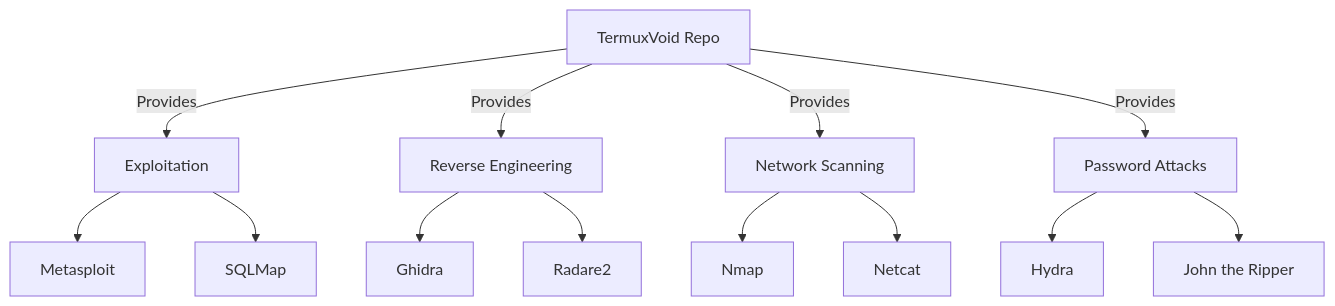
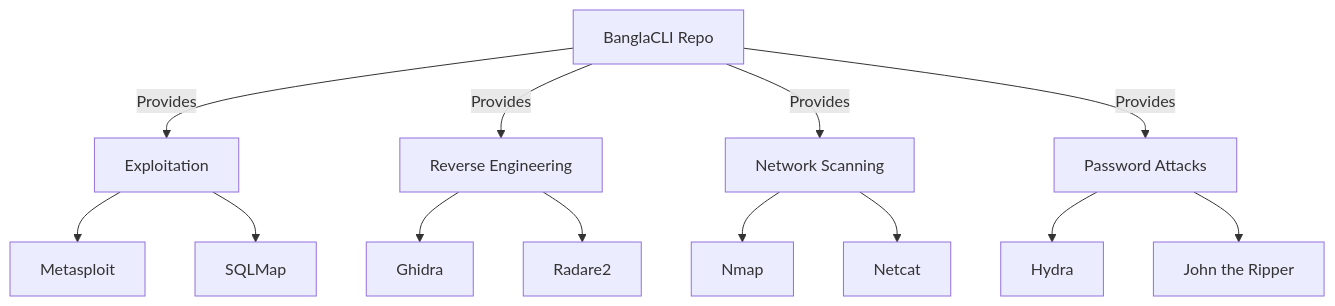
Before and after one commit to zarifsikder/BanglaCLI: the diagram in README.md, drawn with Mermaid. The commit also changed other lines of this file, not shown here.

Commit message:
Rename TermuxVoid to BanglaCLI in README

````diff
--- a/README.md
+++ b/README.md
@@ -134,19 +134,19 @@
 ```mermaid
 graph TD
-    A[TermuxVoid Repo] -->|Provides| B[Exploitation]
+    A[BanglaCLI Repo] -->|Provides| B[Exploitation]
     A -->|Provides| C[Reverse Engineering]
     A -->|Provides| D[Network Scanning]
     A -->|Provides| E[Password Attacks]
 
     B --> B1[Metasploit]
     B --> B2[SQLMap]
 
     C --> C1[Ghidra]
     C --> C2[Radare2]
 
     D --> D1[Nmap]
     D --> D2[Netcat]
 
     E --> E1[Hydra]
     E --> E2[John the Ripper]
 ```
````
